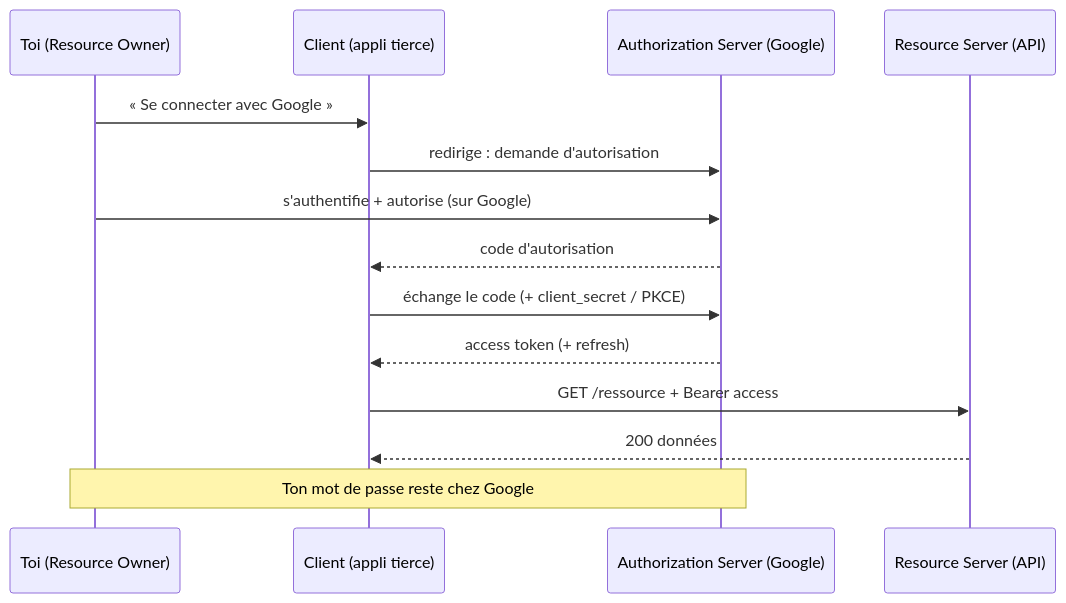
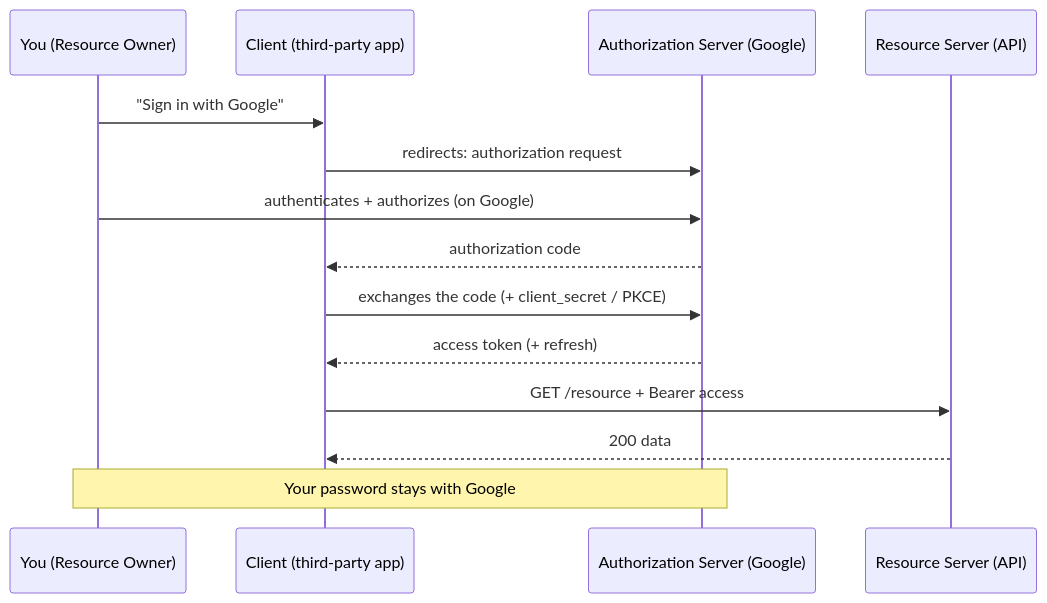
One commit to zakariaz35/objectif changed the diagram in content/jwt-hexagonal-ddd/03-oauth2/02-oauth2-delegation.md. Above: the diagram before and after it, drawn with Mermaid. The commit also changed 40 other files, not shown here.

````diff
--- a/content/jwt-hexagonal-ddd/03-oauth2/02-oauth2-delegation.md
+++ b/content/jwt-hexagonal-ddd/03-oauth2/02-oauth2-delegation.md
@@ -10,16 +10,16 @@
 ```mermaid
 sequenceDiagram
-    participant U as Toi (Resource Owner)
-    participant App as Client (appli tierce)
+    participant U as You (Resource Owner)
+    participant App as Client (third-party app)
     participant AS as Authorization Server (Google)
     participant RS as Resource Server (API)
-    U->>App: « Se connecter avec Google »
-    App->>AS: redirige : demande d'autorisation
-    U->>AS: s'authentifie + autorise (sur Google)
-    AS-->>App: code d'autorisation
-    App->>AS: échange le code (+ client_secret / PKCE)
+    U->>App: "Sign in with Google"
+    App->>AS: redirects: authorization request
+    U->>AS: authenticates + authorizes (on Google)
+    AS-->>App: authorization code
+    App->>AS: exchanges the code (+ client_secret / PKCE)
     AS-->>App: access token (+ refresh)
-    App->>RS: GET /ressource + Bearer access
-    RS-->>App: 200 données
-    Note over U,AS: Ton mot de passe reste chez Google
+    App->>RS: GET /resource + Bearer access
+    RS-->>App: 200 data
+    Note over U,AS: Your password stays with Google
 ```
````
